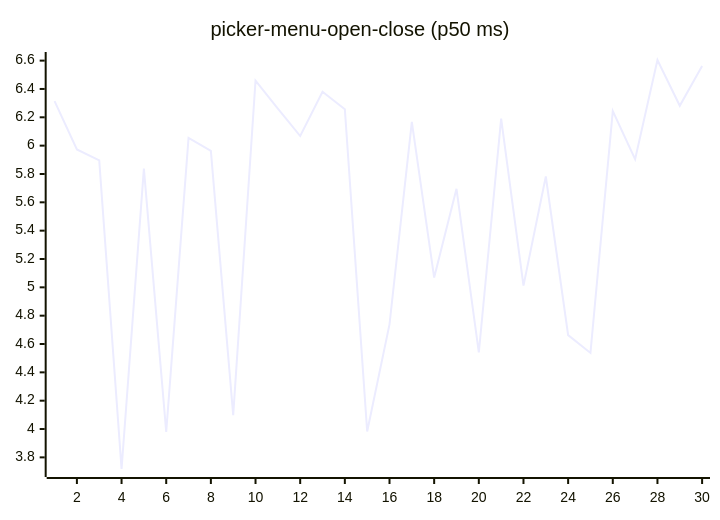
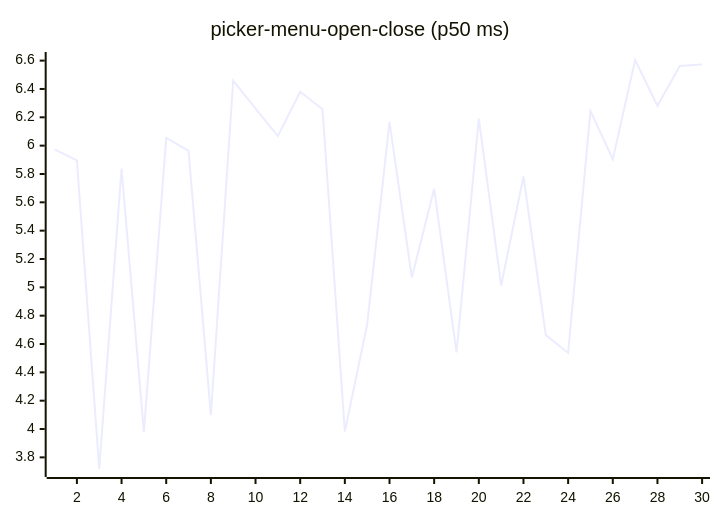
Diagram 16 of 27 in README.md (josha/Facet), drawn with Mermaid before and after one commit. The commit also changed other lines of this file and 2 other files, not shown here.

````diff
--- a/README.md
+++ b/README.md
@@ -168,6 +168,6 @@
 ```mermaid
 xychart-beta
     title "picker-menu-open-close (p50 ms)"
     x-axis 1 --> 30
-    line [6.3137, 5.9733, 5.8960, 3.7179, 5.8378, 3.9788, 6.0543, 5.9629, 4.0972, 6.4594, 6.2618, 6.0678, 6.3801, 6.2569, 3.9826, 4.7388, 6.1676, 5.0690, 5.6954, 4.5402, 6.1912, 5.0120, 5.7822, 4.6627, 4.5372, 6.2442, 5.9038, 6.6044, 6.2815, 6.5623]
+    line [5.9733, 5.8960, 3.7179, 5.8378, 3.9788, 6.0543, 5.9629, 4.0972, 6.4594, 6.2618, 6.0678, 6.3801, 6.2569, 3.9826, 4.7388, 6.1676, 5.0690, 5.6954, 4.5402, 6.1912, 5.0120, 5.7822, 4.6627, 4.5372, 6.2442, 5.9038, 6.6044, 6.2815, 6.5623, 6.5728]
 ```
````
